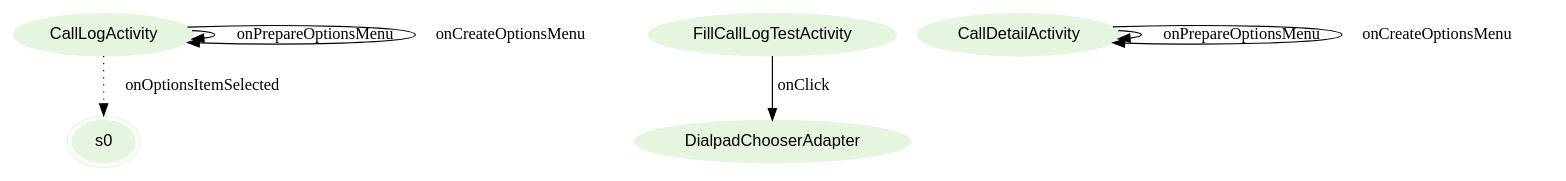
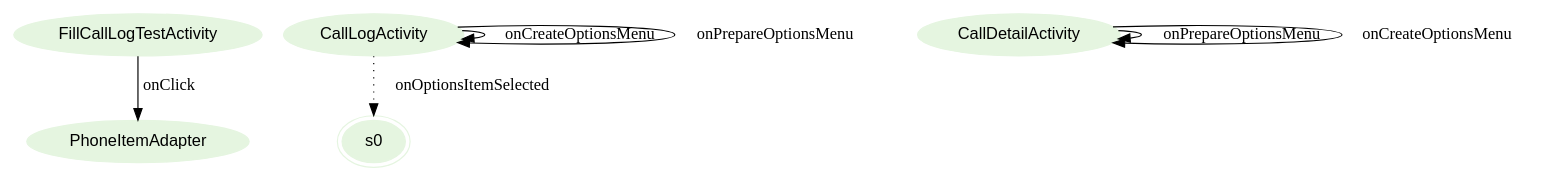
Before and after one commit to hans89/astparser: the diagram in graphviz/Dialer.gv, drawn with Graphviz. The commit also changed 39 other files, not shown here.

```diff
--- a/graphviz/Dialer.gv
+++ b/graphviz/Dialer.gv
@@ -1,15 +1,15 @@
 digraph {
 fontname="Helvetica";
 node[style=filled, fontname="Helvetica", colorscheme=greens3, color=1];
+PhoneItemAdapter;
 s0[peripheries=2];
-DialpadChooserAdapter;
+FillCallLogTestActivity;
 CallLogActivity;
-FillCallLogTestActivity;
 CallDetailActivity;
 CallDetailActivity -> CallDetailActivity[label="onPrepareOptionsMenu"];
+FillCallLogTestActivity -> PhoneItemAdapter[label="onClick"];
+CallLogActivity -> CallLogActivity[label="onCreateOptionsMenu"];
+CallDetailActivity -> CallDetailActivity[label="onCreateOptionsMenu"];
 CallLogActivity -> CallLogActivity[label="onPrepareOptionsMenu"];
 CallLogActivity -> s0[label="onOptionsItemSelected",style=dotted];
-FillCallLogTestActivity -> DialpadChooserAdapter[label="onClick"];
-CallDetailActivity -> CallDetailActivity[label="onCreateOptionsMenu"];
-CallLogActivity -> CallLogActivity[label="onCreateOptionsMenu"];
 }
```
